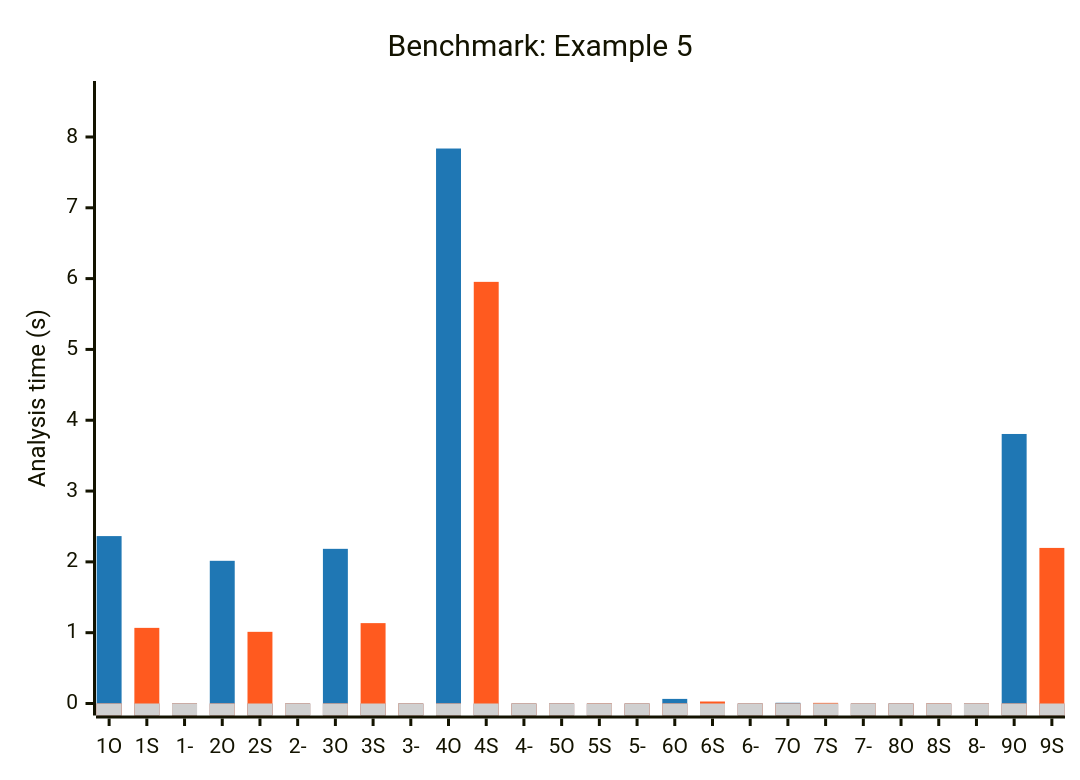
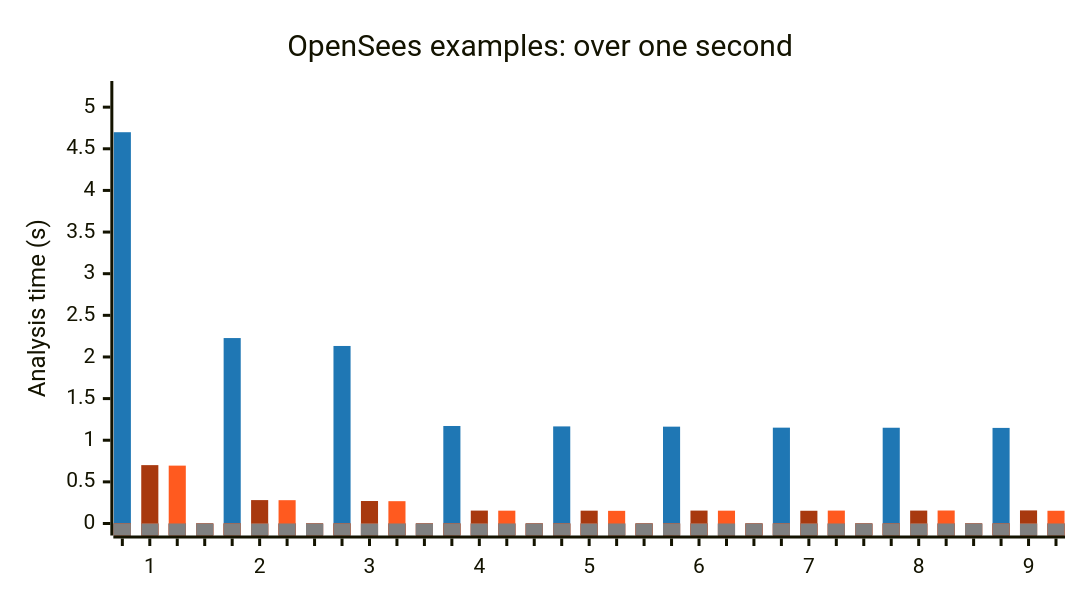
Before and after one commit to NathanaelRea/Strut: the fourth of 5 diagrams in docs/benchmark-opensees-examples.md, drawn with Mermaid. The commit also changed other lines of this file and 79 other files, not shown here.

````diff
--- a/docs/benchmark-opensees-examples.md
+++ b/docs/benchmark-opensees-examples.md
@@ -106,15 +94,18 @@
 ```mermaid
 ---
 config:
+  xyChart:
+    height: 380
   themeVariables:
     xyChart:
-      plotColorPalette: '#1f77b4, #FF5A1F, #d0d0d0'
+      plotColorPalette: '#1f77b4, #a8390f, #FF5A1F, #808080'
 ---
 xychart-beta
-    title "Benchmark: Example 5"
-    x-axis ["1O", "1S", "1-", "2O", "2S", "2-", "3O", "3S", "3-", "4O", "4S", "4-", "5O", "5S", "5-", "6O", "6S", "6-", "7O", "7S", "7-", "8O", "8S", "8-", "9O", "9S"]
-    y-axis "Analysis time (s)" 0 --> 8.621
-    bar "OS" [2.364, 0.0, 0.0, 2.015, 0.0, 0.0, 2.184, 0.0, 0.0, 7.837, 0.0, 0.0, 0.001, 0.0, 0.0, 0.065, 0.0, 0.0, 0.010, 0.0, 0.0, 0.001, 0.0, 0.0, 3.806, 0.0]
-    bar "STR" [0.0, 1.068, 0.0, 0.0, 1.012, 0.0, 0.0, 1.135, 0.0, 0.0, 5.954, 0.0, 0.0, 0.001, 0.0, 0.0, 0.028, 0.0, 0.0, 0.009, 0.0, 0.0, 0.001, 0.0, 0.0, 2.197]
-    bar "mask" [0.0, 0.0, 0.0, 0.0, 0.0, 0.0, 0.0, 0.0, 0.0, 0.0, 0.0, 0.0, 0.0, 0.0, 0.0, 0.0, 0.0, 0.0, 0.0, 0.0, 0.0, 0.0, 0.0, 0.0, 0.0, 0.0]
+    title "OpenSees examples: over one second"
+    x-axis ["​", "1", "​​", "​​​", "​​​​", "2", "​​​​​", "​​​​​​", "​​​​​​​", "3", "​​​​​​​​", "​​​​​​​​​", "​​​​​​​​​​", "4", "​​​​​​​​​​​", "​​​​​​​​​​​​", "​​​​​​​​​​​​​", "5", "​​​​​​​​​​​​​​", "​​​​​​​​​​​​​​​", "​​​​​​​​​​​​​​​​", "6", "​​​​​​​​​​​​​​​​​", "​​​​​​​​​​​​​​​​​​", "​​​​​​​​​​​​​​​​​​​", "7", "​​​​​​​​​​​​​​​​​​​​", "​​​​​​​​​​​​​​​​​​​​​", "​​​​​​​​​​​​​​​​​​​​​​", "8", "​​​​​​​​​​​​​​​​​​​​​​​", "​​​​​​​​​​​​​​​​​​​​​​​​", "​​​​​​​​​​​​​​​​​​​​​​​​​", "9", "​​​​​​​​​​​​​​​​​​​​​​​​​​"]
+    y-axis "Analysis time (s)" 0 --> 5.17
+    bar "opensees" [4.699, 0, 0, 0, 2.227, 0, 0, 0, 2.132, 0, 0, 0, 1.171, 0, 0, 0, 1.166, 0, 0, 0, 1.163, 0, 0, 0, 1.151, 0, 0, 0, 1.150, 0, 0, 0, 1.148, 0, 0]
+    bar "strut" [0, 0.701, 0, 0, 0, 0.281, 0, 0, 0, 0.270, 0, 0, 0, 0.155, 0, 0, 0, 0.154, 0, 0, 0, 0.155, 0, 0, 0, 0.153, 0, 0, 0, 0.155, 0, 0, 0, 0.157, 0]
+    bar "strut-8" [0, 0, 0.695, 0, 0, 0, 0.280, 0, 0, 0, 0.268, 0, 0, 0, 0.154, 0, 0, 0, 0.152, 0, 0, 0, 0.154, 0, 0, 0, 0.155, 0, 0, 0, 0.156, 0, 0, 0, 0.153]
+    bar [0, 0, 0, 0, 0, 0, 0, 0, 0, 0, 0, 0, 0, 0, 0, 0, 0, 0, 0, 0, 0, 0, 0, 0, 0, 0, 0, 0, 0, 0, 0, 0, 0, 0, 0]
 ```
````
